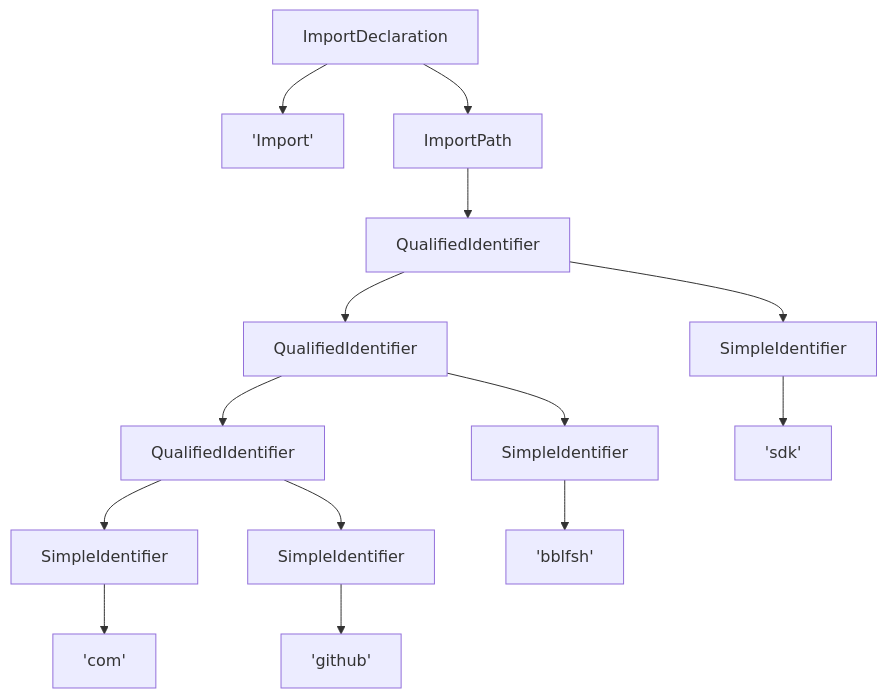
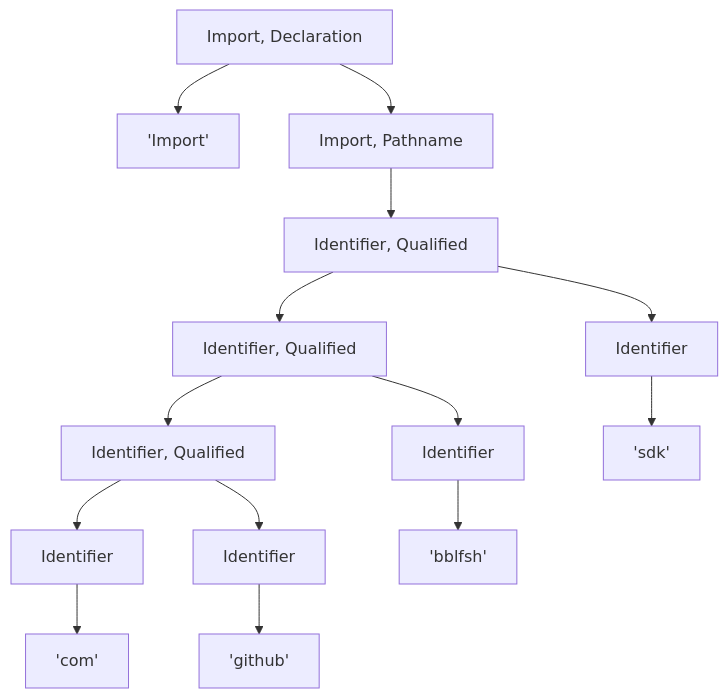
One commit to bblfsh/documentation changed the second of 2 diagrams in uast/specification.md. Above: the diagram before and after it, drawn with Mermaid. The commit also changed other lines of this file, not shown here.

````diff
--- a/uast/specification.md
+++ b/uast/specification.md
@@ -114,33 +120,35 @@
 ```mermaid
 graph TD
-    ImportDeclarationToken["'Import'"]
-    IQcom["SimpleIdentifier"]
+    IQimportDeclaration["Import, Declaration"]
+    IQimportDeclarationToken["'Import'"]
+    IQimportPathname["Import, Pathname"]
+    IQcom["Identifier"]
     IQcomToken["'com'"]
-    IQgithub["QualifiedIdentifier"]
-    IQgithubName["SimpleIdentifier"]
+    IQgithub["Identifier, Qualified"]
+    IQgithubName["Identifier"]
     IQgithubToken["'github'"]
-    IQbblfsh["QualifiedIdentifier"]
-    IQbblfshName["SimpleIdentifier"]
+    IQbblfsh["Identifier, Qualified"]
+    IQbblfshName["Identifier"]
     IQbblfshToken["'bblfsh'"]
-    IQsdk["QualifiedIdentifier"]
-    IQsdkName["SimpleIdentifier"]
+    IQsdk["Identifier, Qualified"]
+    IQsdkName["Identifier"]
     IQsdkToken["'sdk'"]
 
-    ImportDeclaration-->ImportDeclarationToken
-    ImportDeclaration-->ImportPath
+    IQimportDeclaration-->IQimportDeclarationToken
+    IQimportDeclaration-->IQimportPathname
 
-    ImportPath-->IQsdk
+    IQimportPathname-->IQsdk
     IQsdk-->IQbblfsh
     IQsdk-->IQsdkName
     IQsdkName-->IQsdkToken
 
     IQbblfsh-->IQgithub
     IQbblfsh-->IQbblfshName
     IQbblfshName-->IQbblfshToken
 
     IQgithub-->IQcom
     IQgithub-->IQgithubName
     IQgithubName-->IQgithubToken
 
     IQcom-->IQcomToken
 ```
````
